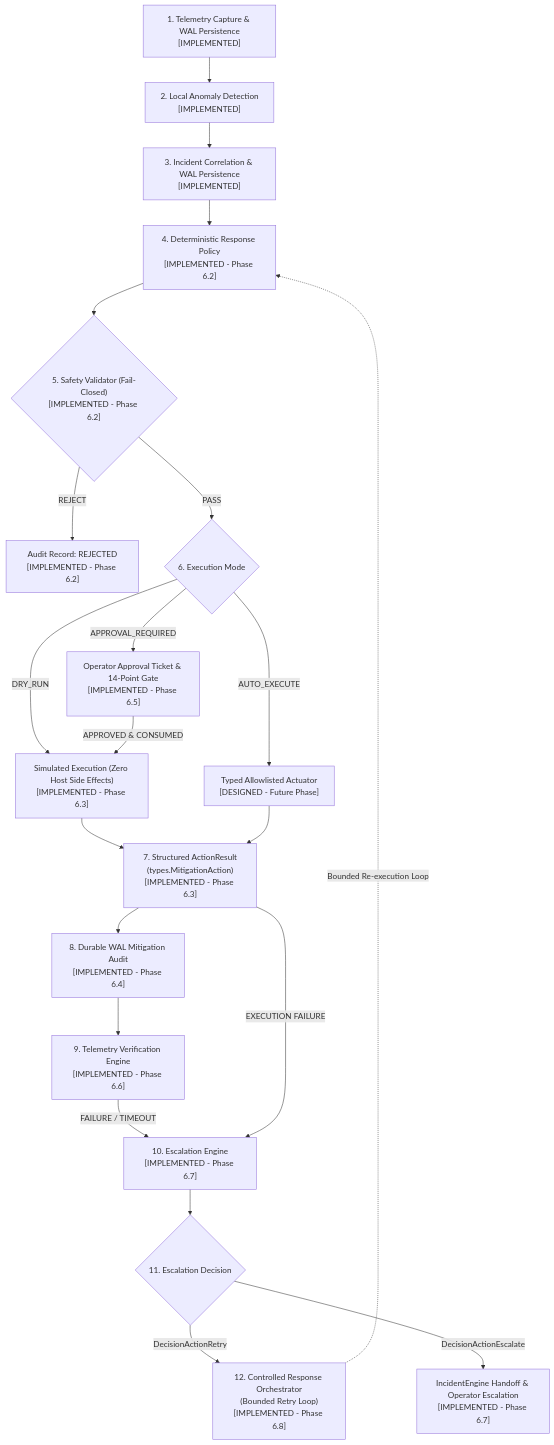
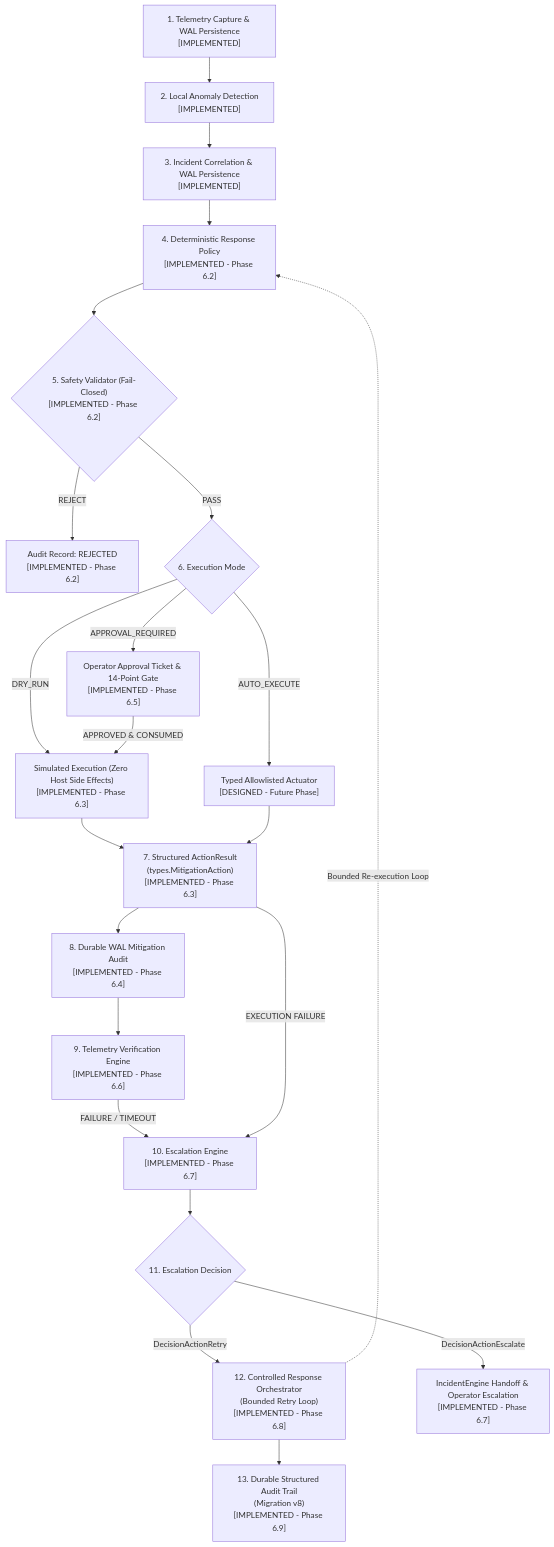
One commit to Chamalka-heshi/AegisEdge changed diagram 12 of 13 in docs/architecture/overview.md. Above: the diagram before and after it, drawn with Mermaid. The commit also changed other lines of this file, not shown here.

Commit message:
docs: update architecture overview

````diff
--- a/docs/architecture/overview.md
+++ b/docs/architecture/overview.md
@@ -438,30 +438,31 @@
 ```mermaid
 flowchart TD
     TEL["1. Telemetry Capture & WAL Persistence\n[IMPLEMENTED]"] --> DET["2. Local Anomaly Detection\n[IMPLEMENTED]"]
     DET --> INC["3. Incident Correlation & WAL Persistence\n[IMPLEMENTED]"]
     INC --> POL["4. Deterministic Response Policy\n[IMPLEMENTED - Phase 6.2]"]
     POL --> VAL{"5. Safety Validator (Fail-Closed)\n[IMPLEMENTED - Phase 6.2]"}
 
     VAL -- "REJECT" --> AUD_REJ["Audit Record: REJECTED\n[IMPLEMENTED - Phase 6.2]"]
     VAL -- "PASS" --> MODE{"6. Execution Mode"}
 
     MODE -- "DRY_RUN" --> SIM["Simulated Execution (Zero Host Side Effects)\n[IMPLEMENTED - Phase 6.3]"]
     MODE -- "AUTO_EXECUTE" --> EXEC["Typed Allowlisted Actuator\n[DESIGNED - Future Phase]"]
     MODE -- "APPROVAL_REQUIRED" --> QUEUE["Operator Approval Ticket & 14-Point Gate\n[IMPLEMENTED - Phase 6.5]"]
 
     QUEUE -- "APPROVED & CONSUMED" --> SIM
     SIM --> RES["7. Structured ActionResult\n(types.MitigationAction)\n[IMPLEMENTED - Phase 6.3]"]
     EXEC --> RES
 
     RES --> AUD["8. Durable WAL Mitigation Audit\n[IMPLEMENTED - Phase 6.4]"]
     AUD --> VER["9. Telemetry Verification Engine\n[IMPLEMENTED - Phase 6.6]"]
 
     VER -- "FAILURE / TIMEOUT" --> ESC["10. Escalation Engine\n[IMPLEMENTED - Phase 6.7]"]
     RES -- "EXECUTION FAILURE" --> ESC
 
     ESC --> DEC{"11. Escalation Decision"}
     DEC -- "DecisionActionRetry" --> ORCH["12. Controlled Response Orchestrator\n(Bounded Retry Loop)\n[IMPLEMENTED - Phase 6.8]"]
     DEC -- "DecisionActionEscalate" --> HANDOFF["IncidentEngine Handoff & Operator Escalation\n[IMPLEMENTED - Phase 6.7]"]
 
     ORCH -. "Bounded Re-execution Loop" .-> POL
+    ORCH --> AUDIT_TRAIL["13. Durable Structured Audit Trail\n(Migration v8)\n[IMPLEMENTED - Phase 6.9]"]
 ```
````
